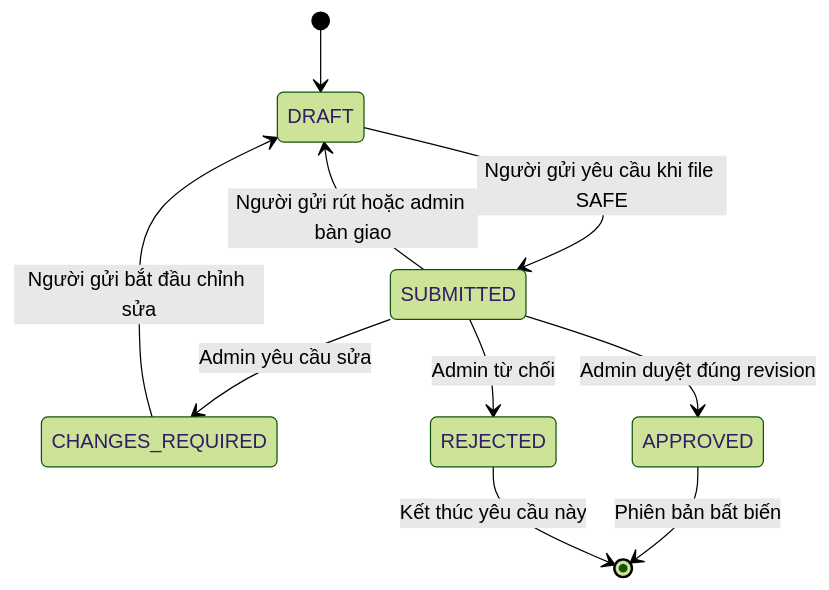
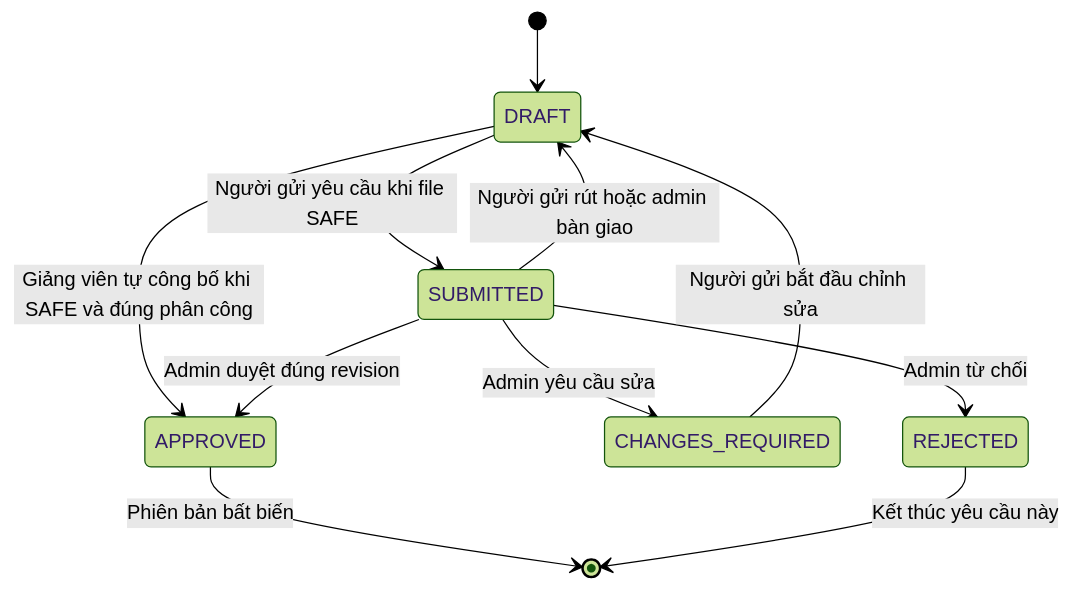
One commit to AnhVuu215/HUCEScholar changed the diagram in docs/HUCEScholar-quy-tac-nghiep-vu.md. Above: the diagram before and after it, drawn with Mermaid (forest theme). The commit also changed other lines of this file and 33 other files, not shown here.

````diff
--- a/docs/HUCEScholar-quy-tac-nghiep-vu.md
+++ b/docs/HUCEScholar-quy-tac-nghiep-vu.md
@@ -50,12 +54,13 @@
 ```mermaid
 stateDiagram-v2
     [*] --> DRAFT
     DRAFT --> SUBMITTED: Người gửi yêu cầu khi file SAFE
+    DRAFT --> APPROVED: Giảng viên tự công bố khi SAFE và đúng phân công
     SUBMITTED --> DRAFT: Người gửi rút hoặc admin bàn giao
     SUBMITTED --> CHANGES_REQUIRED: Admin yêu cầu sửa
     CHANGES_REQUIRED --> DRAFT: Người gửi bắt đầu chỉnh sửa
     SUBMITTED --> REJECTED: Admin từ chối
     SUBMITTED --> APPROVED: Admin duyệt đúng revision
     APPROVED --> [*]: Phiên bản bất biến
     REJECTED --> [*]: Kết thúc yêu cầu này
 ```
````
